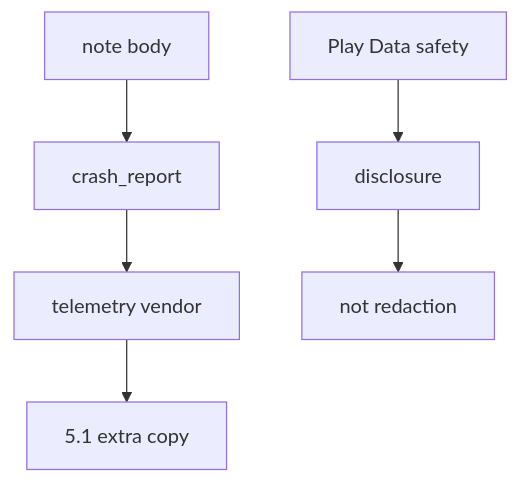
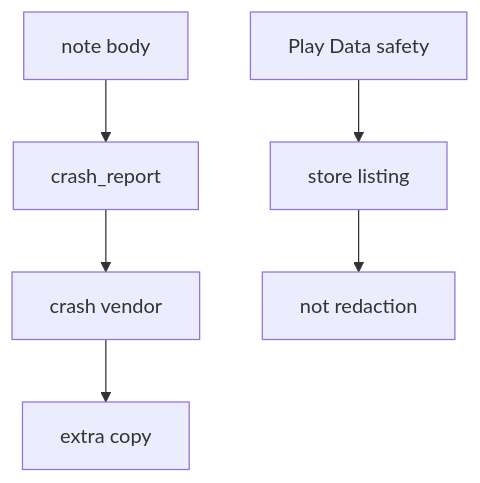
Before and after one commit to ishitvagoel/LearnSecurity: the first of 2 diagrams in content/modules/8/8.5/lessons/01-property.md, drawn with Mermaid. The commit also changed other lines of this file and 39 other files, not shown here.

````diff
--- a/content/modules/8/8.5/lessons/01-property.md
+++ b/content/modules/8/8.5/lessons/01-property.md
@@ -19,8 +20,8 @@
 ```mermaid
 flowchart TD
   Body[note body] --> Crash[crash_report]
-  Crash --> Vendor[telemetry vendor]
-  Vendor --> Copy["5.1 extra copy"]
-  Form[Play Data safety] --> Disclose[disclosure]
+  Crash --> Vendor[crash vendor]
+  Vendor --> Copy[extra copy]
+  Form[Play Data safety] --> Disclose[store listing]
   Disclose --> NotRedact[not redaction]
 ```
````
